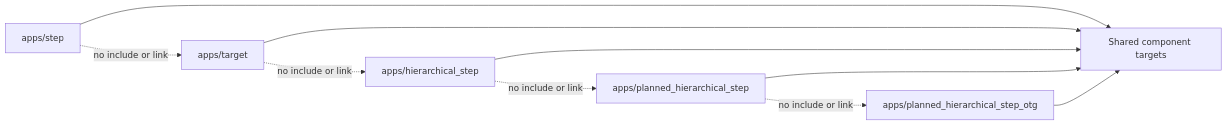
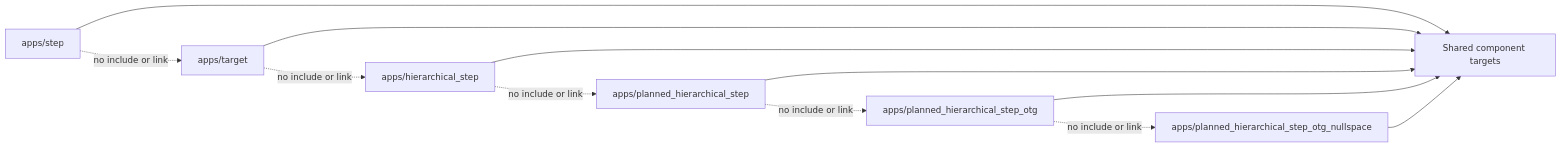
Before and after one commit to TANG617/motion_control_lab: the third of 3 diagrams in docs/app_component_architecture.md, drawn with Mermaid. The commit also changed other lines of this file and 72 other files, not shown here.

````diff
--- a/docs/app_component_architecture.md
+++ b/docs/app_component_architecture.md
@@ -336,20 +336,23 @@
 ```mermaid
 flowchart LR
   Servo[apps/step]
   Target[apps/target]
   Hierarchical[apps/hierarchical_step]
   Planned[apps/planned_hierarchical_step]
   OTG[apps/planned_hierarchical_step_otg]
+  Nullspace[apps/planned_hierarchical_step_otg_nullspace]
   Common[Shared component targets]
 
   Servo --> Common
   Target --> Common
   Hierarchical --> Common
   Planned --> Common
   OTG --> Common
+  Nullspace --> Common
 
   Servo -. no include or link .-> Target
   Target -. no include or link .-> Hierarchical
   Hierarchical -. no include or link .-> Planned
   Planned -. no include or link .-> OTG
+  OTG -. no include or link .-> Nullspace
 ```
````
